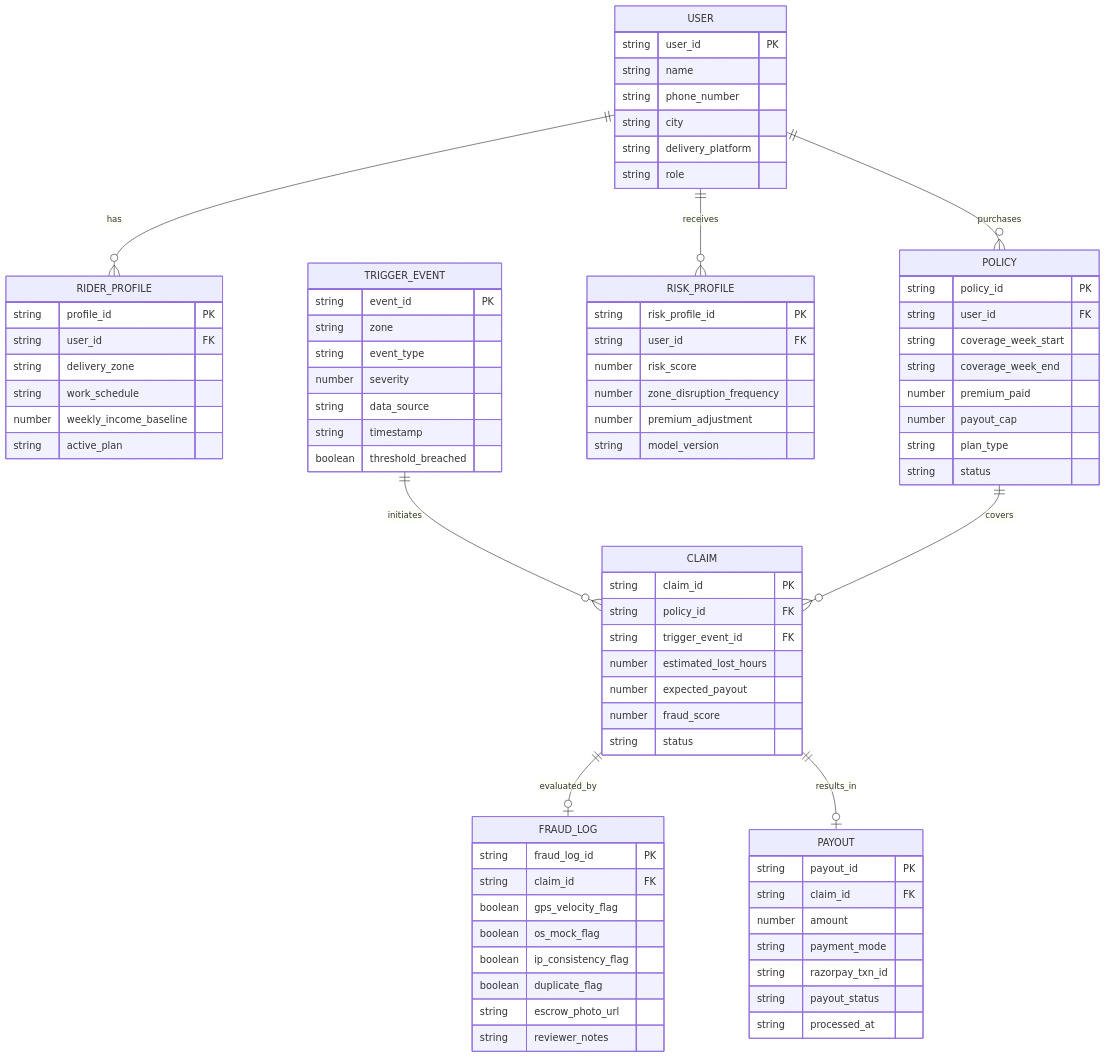
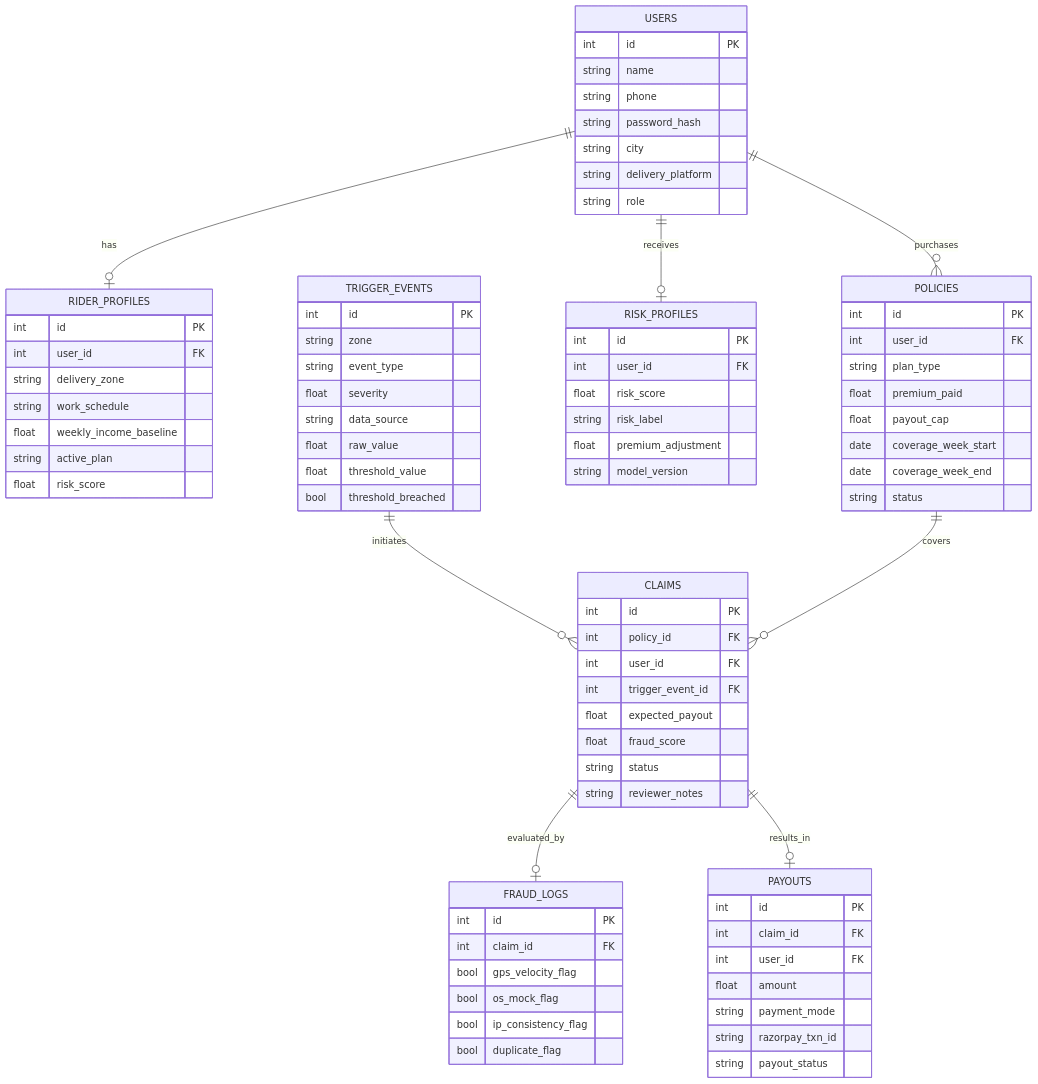
One commit to Raghvendra-Chauhan/Gig_Insura changed the fourth of 4 diagrams in README.md. Above: the diagram before and after it, drawn with Mermaid. The commit also changed other lines of this file and 12 other files, not shown here.

````diff
--- a/README.md
+++ b/README.md
@@ -319,82 +364,84 @@
 ```mermaid
 erDiagram
-    USER {
-        string user_id PK
+    USERS {
+        int id PK
         string name
-        string phone_number
+        string phone
+        string password_hash
         string city
         string delivery_platform
         string role
     }
-    RIDER_PROFILE {
-        string profile_id PK
-        string user_id FK
+    RIDER_PROFILES {
+        int id PK
+        int user_id FK
         string delivery_zone
         string work_schedule
-        number weekly_income_baseline
+        float weekly_income_baseline
         string active_plan
+        float risk_score
     }
-    POLICY {
-        string policy_id PK
-        string user_id FK
-        string coverage_week_start
-        string coverage_week_end
-        number premium_paid
-        number payout_cap
+    POLICIES {
+        int id PK
+        int user_id FK
         string plan_type
+        float premium_paid
+        float payout_cap
+        date coverage_week_start
+        date coverage_week_end
         string status
     }
-    RISK_PROFILE {
-        string risk_profile_id PK
-        string user_id FK
-        number risk_score
-        number zone_disruption_frequency
-        number premium_adjustment
+    RISK_PROFILES {
+        int id PK
+        int user_id FK
+        float risk_score
+        string risk_label
+        float premium_adjustment
         string model_version
     }
-    TRIGGER_EVENT {
-        string event_id PK
+    TRIGGER_EVENTS {
+        int id PK
         string zone
         string event_type
-        number severity
+        float severity
         string data_source
-        string timestamp
-        boolean threshold_breached
+        float raw_value
+        float threshold_value
+        bool threshold_breached
     }
-    CLAIM {
-        string claim_id PK
-        string policy_id FK
-        string trigger_event_id FK
-        number estimated_lost_hours
-        number expected_payout
-        number fraud_score
+    CLAIMS {
+        int id PK
+        int policy_id FK
+        int user_id FK
+        int trigger_event_id FK
+        float expected_payout
+        float fraud_score
         string status
-    }
-    FRAUD_LOG {
-        string fraud_log_id PK
-        string claim_id FK
-        boolean gps_velocity_flag
-        boolean os_mock_flag
-        boolean ip_consistency_flag
-        boolean duplicate_flag
-        string escrow_photo_url
         string reviewer_notes
     }
-    PAYOUT {
-        string payout_id PK
-        string claim_id FK
-        number amount
+    FRAUD_LOGS {
+        int id PK
+        int claim_id FK
+        bool gps_velocity_flag
+        bool os_mock_flag
+        bool ip_consistency_flag
+        bool duplicate_flag
+    }
+    PAYOUTS {
+        int id PK
+        int claim_id FK
+        int user_id FK
+        float amount
         string payment_mode
         string razorpay_txn_id
         string payout_status
-        string processed_at
     }
 
-    USER ||--o{ RIDER_PROFILE : has
-    USER ||--o{ POLICY : purchases
-    USER ||--o{ RISK_PROFILE : receives
-    TRIGGER_EVENT ||--o{ CLAIM : initiates
-    POLICY ||--o{ CLAIM : covers
-    CLAIM ||--o| FRAUD_LOG : evaluated_by
-    CLAIM ||--o| PAYOUT : results_in
+    USERS ||--o| RIDER_PROFILES : has
+    USERS ||--o{ POLICIES : purchases
+    USERS ||--o| RISK_PROFILES : receives
+    TRIGGER_EVENTS ||--o{ CLAIMS : initiates
+    POLICIES ||--o{ CLAIMS : covers
+    CLAIMS ||--o| FRAUD_LOGS : evaluated_by
+    CLAIMS ||--o| PAYOUTS : results_in
 ```
````
